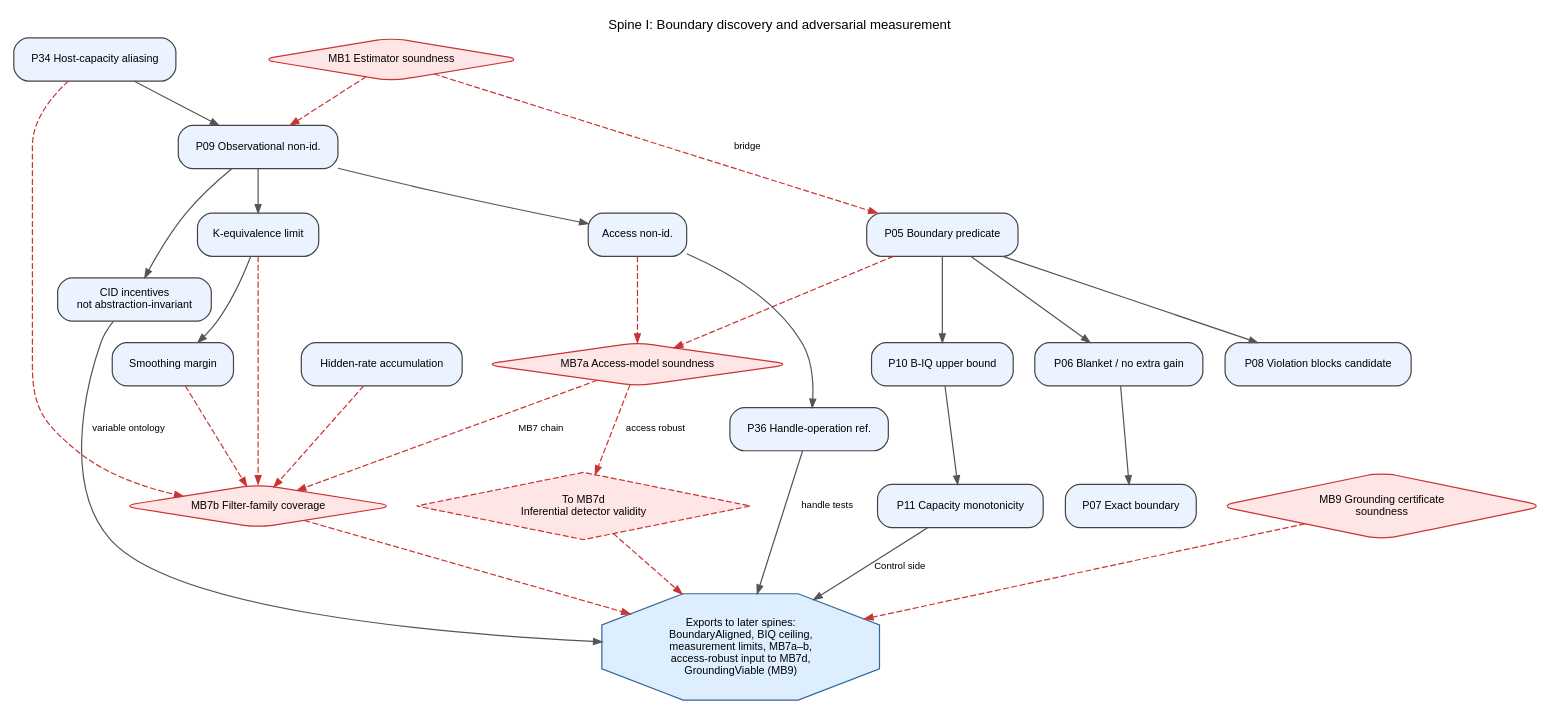
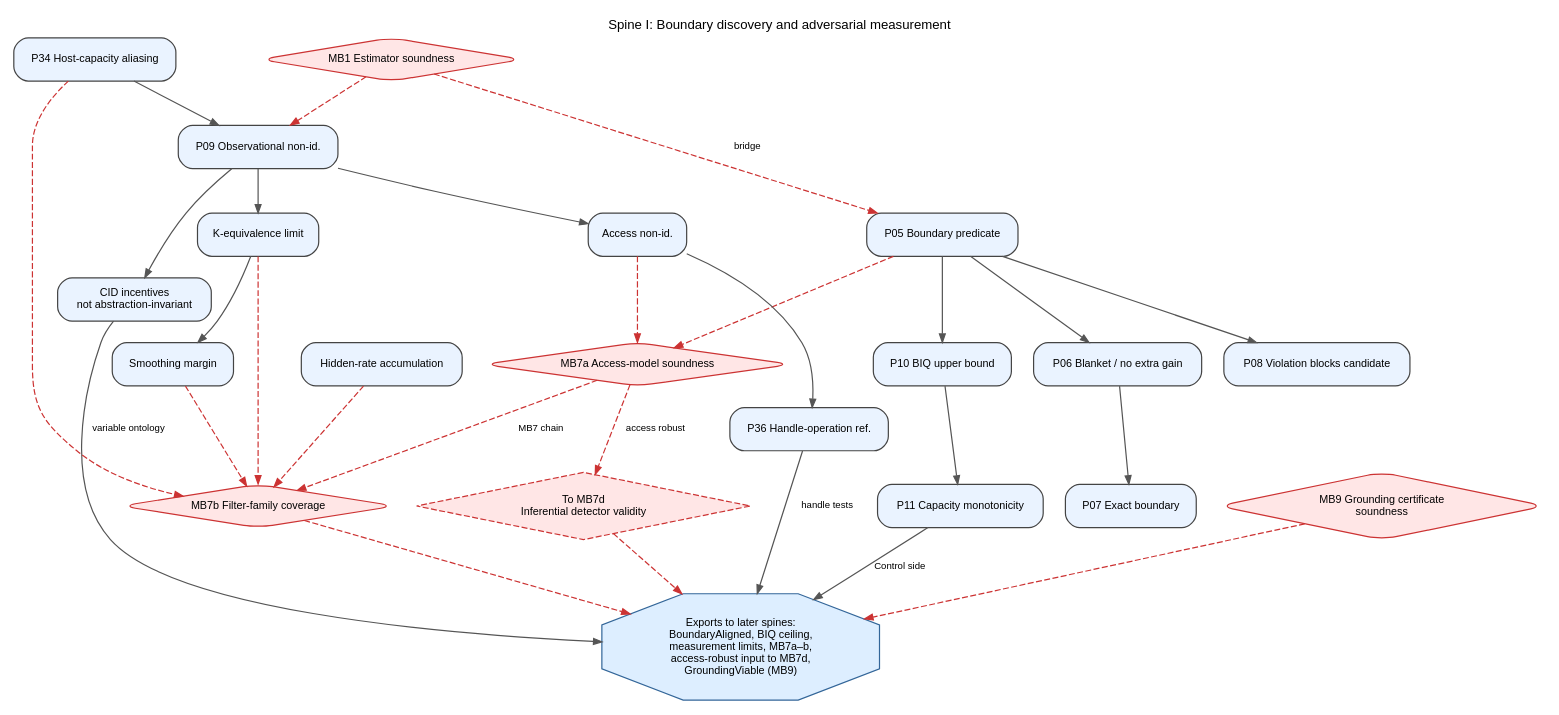
Before and after one commit to GunnarZarncke/towards-asi-alignment: the diagram in context/lean_proof_graphs/01-boundary-measurement.dot, drawn with Graphviz. The commit also changed 26 other files, not shown here.

```diff
--- a/context/lean_proof_graphs/01-boundary-measurement.dot
+++ b/context/lean_proof_graphs/01-boundary-measurement.dot
@@ -1,64 +1,64 @@
 digraph Spine01BoundaryMeasurement {
   graph [
     rankdir=TB,
     bgcolor="white",
     splines=true,
     overlap=false,
     fontsize=11,
     fontname="Helvetica",
     label="Spine I: Boundary discovery and adversarial measurement",
     labelloc="t"
   ];
   node [shape=box, style="rounded,filled", fontname="Helvetica", fontsize=9, color="#444444"];
   edge [fontname="Helvetica", fontsize=8, color="#555555", arrowsize=0.7];
 
   P05 [label="P05 Boundary predicate", fillcolor="#EAF3FF"];
   P06 [label="P06 Blanket / no extra gain", fillcolor="#EAF3FF"];
   P07 [label="P07 Exact boundary", fillcolor="#EAF3FF"];
   P08 [label="P08 Violation blocks candidate", fillcolor="#EAF3FF"];
   P09 [label="P09 Observational non-id.", fillcolor="#EAF3FF"];
   P09A [label="Access non-id.", fillcolor="#EAF3FF"];
   PCID [label="CID incentives\nnot abstraction-invariant", fillcolor="#EAF3FF"];
   P09K [label="K-equivalence limit", fillcolor="#EAF3FF"];
   P36 [label="P36 Handle-operation ref.", fillcolor="#EAF3FF"];
   P36M [label="Smoothing margin", fillcolor="#EAF3FF"];
-  P10 [label="P10 B-IQ upper bound", fillcolor="#EAF3FF"];
+  P10 [label="P10 BIQ upper bound", fillcolor="#EAF3FF"];
   P11 [label="P11 Capacity monotonicity", fillcolor="#EAF3FF"];
   P34 [label="P34 Host-capacity aliasing", fillcolor="#EAF3FF"];
   P43H [label="Hidden-rate accumulation", fillcolor="#EAF3FF"];
 
   MB1 [shape=diamond, fillcolor="#FFE6E6", color="#CC3333", label="MB1 Estimator soundness"];
   MB7a [shape=diamond, fillcolor="#FFE6E6", color="#CC3333", label="MB7a Access-model soundness"];
   MB7b [shape=diamond, fillcolor="#FFE6E6", color="#CC3333", label="MB7b Filter-family coverage"];
   MB7d_IN [shape=diamond, style="filled,dashed", fillcolor="#FFE6E6", color="#CC3333", label="To MB7d\nInferential detector validity"];
   MB9 [shape=diamond, fillcolor="#FFE6E6", color="#CC3333", label="MB9 Grounding certificate\nsoundness"];
 
   OUT [shape=octagon, style="filled", fillcolor="#DDEEFF", color="#336699",
        label="Exports to later spines:\nBoundaryAligned, BIQ ceiling,\nmeasurement limits, MB7a–b,\naccess-robust input to MB7d,\nGroundingViable (MB9)"];
 
   P05 -> P06 -> P07;
   P05 -> P08;
   P05 -> P10 -> P11;
   P09 -> P09A -> P36;
   P09 -> PCID;
   P09 -> P09K -> P36M;
   P34 -> P09;
 
   MB1 -> P05 [style=dashed, color="#CC3333", label="bridge"];
   MB1 -> P09 [style=dashed, color="#CC3333"];
   P05 -> MB7a [style=dashed, color="#CC3333"];
   P09A -> MB7a [style=dashed, color="#CC3333"];
   MB7a -> MB7b [style=dashed, color="#CC3333", label="MB7 chain"];
   MB7a -> MB7d_IN [style=dashed, color="#CC3333", label="access robust"];
   P09K -> MB7b [style=dashed, color="#CC3333"];
   P36M -> MB7b [style=dashed, color="#CC3333"];
   P34 -> MB7b [style=dashed, color="#CC3333"];
   P43H -> MB7b [style=dashed, color="#CC3333"];
 
   P11 -> OUT [label="Control side"];
   MB7b -> OUT [style=dashed, color="#CC3333"];
   MB7d_IN -> OUT [style=dashed, color="#CC3333"];
   MB9 -> OUT [style=dashed, color="#CC3333"];
   P36 -> OUT [label="handle tests"];
   PCID -> OUT [label="variable ontology"];
 }
```
